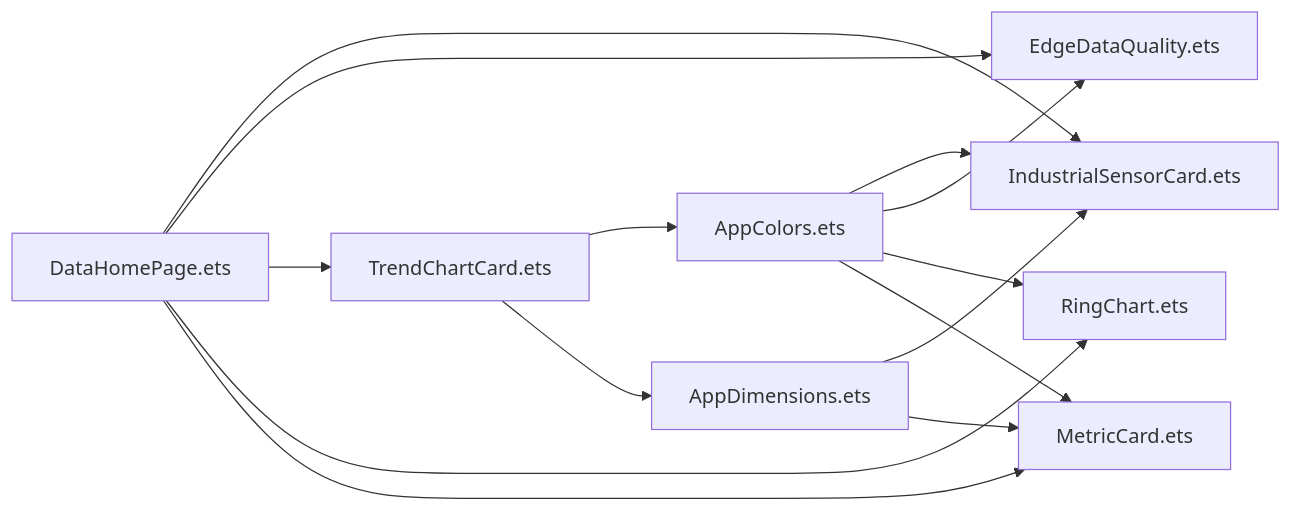
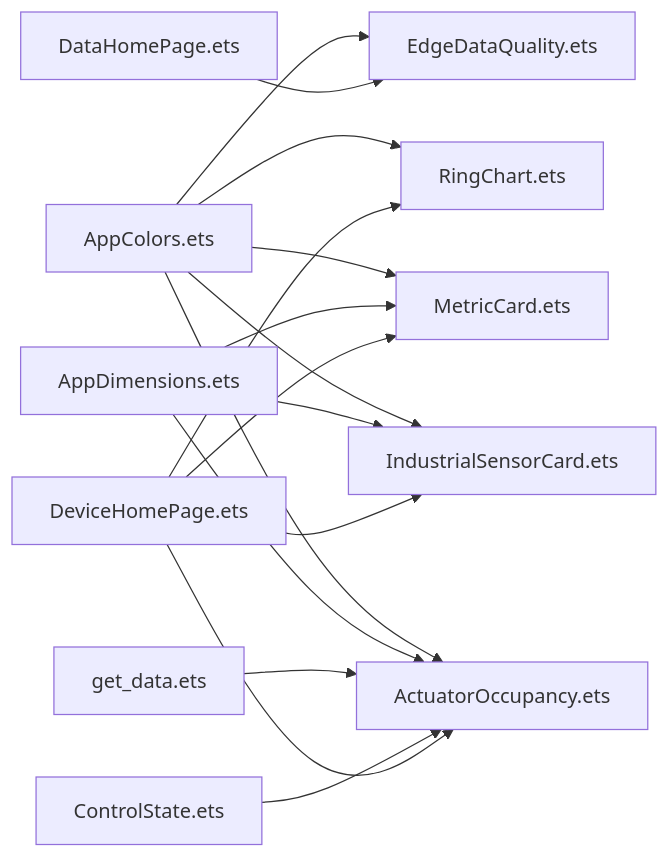
The tenth of 10 diagrams in .qoder/repowiki/zh/content/界面组件系统/数据展示组件/数据展示组件.md (Neonrey-hub/SmartController), drawn with Mermaid before and after one commit. The commit also changed other lines of this file and 16 other files, not shown here.

````diff
--- a/.qoder/repowiki/zh/content/界面组件系统/数据展示组件/数据展示组件.md
+++ b/.qoder/repowiki/zh/content/界面组件系统/数据展示组件/数据展示组件.md
@@ -306,16 +438,18 @@
 ```mermaid
 graph LR
 AC["AppColors.ets"] --> ISC["IndustrialSensorCard.ets"]
 AC --> EDQ["EdgeDataQuality.ets"]
 AC --> RC["RingChart.ets"]
 AC --> MC["MetricCard.ets"]
+AC --> AO["ActuatorOccupancy.ets"]
 AD["AppDimensions.ets"] --> ISC
 AD --> MC
-TC["TrendChartCard.ets"] --> AC
-TC --> AD
-DH["DataHomePage.ets"] --> ISC
-DH --> EDQ
-DH --> TC
-DH --> RC
-DH --> MC
+AD --> AO
+GS["get_data.ets"] --> AO
+CS["ControlState.ets"] --> AO
+DHP["DeviceHomePage.ets"] --> AO
+DHP --> ISC
+DHP --> RC
+DHP --> MC
+DH["DataHomePage.ets"] --> EDQ
 ```
````
